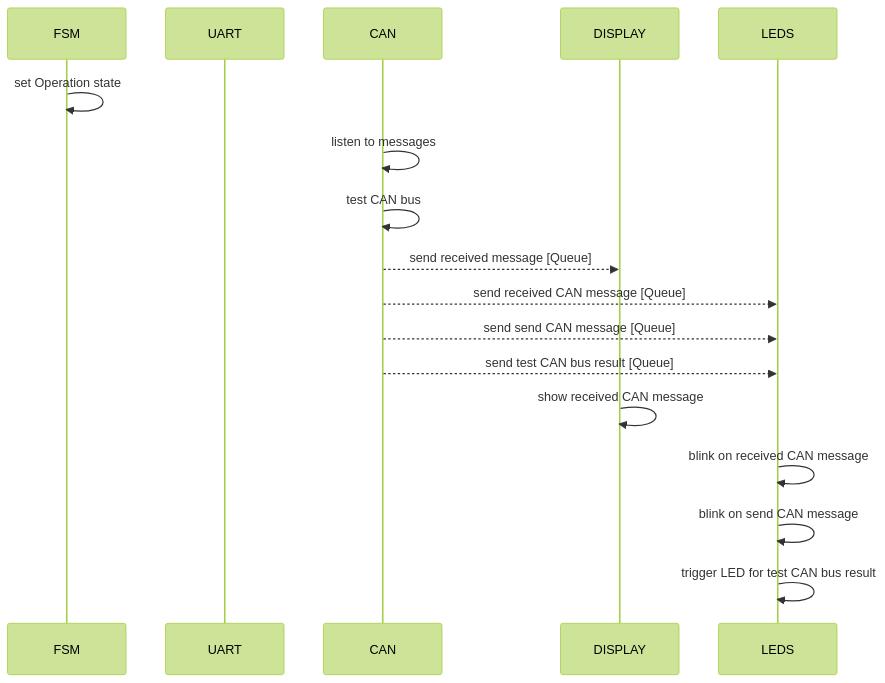
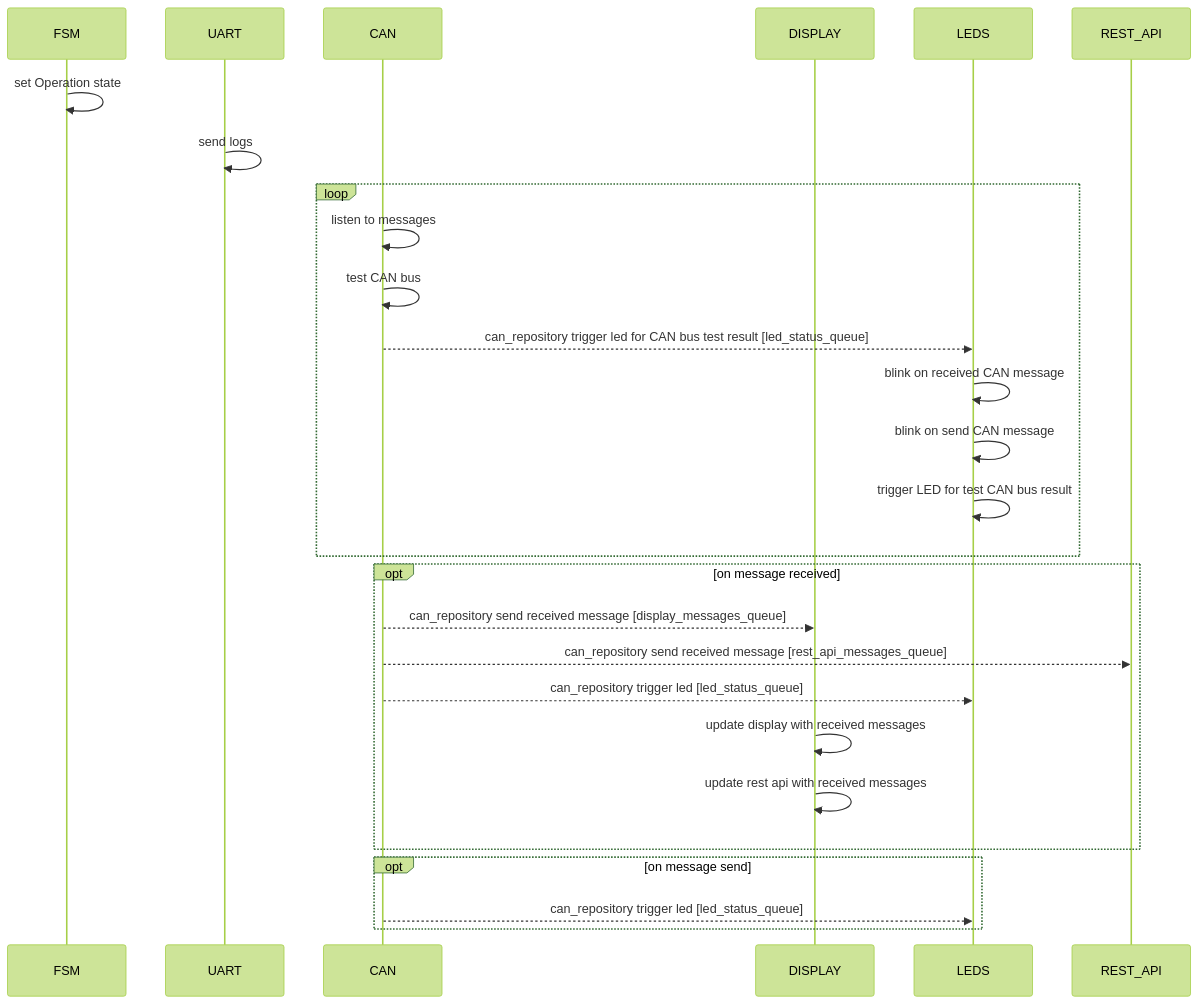
The fourth of 4 diagrams in Software/esp32/can-to-go-system/README.md (michaelgr22/can-to-go-system), drawn with Mermaid (forest theme) before and after one commit. The commit also changed other lines of this file, not shown here.

Commit message:
updated sequence diagrams

````diff
--- a/Software/esp32/can-to-go-system/README.md
+++ b/Software/esp32/can-to-go-system/README.md
@@ -48,20 +52,30 @@
 ```mermaid
 sequenceDiagram
     participant FSM
     participant UART
     participant CAN
     participant DISPLAY
     participant LEDS
+    participant REST_API
 
     FSM->>FSM: set Operation state
-    CAN->>CAN: listen to messages
-    CAN->>CAN: test CAN bus
-    CAN-->>DISPLAY: send received message [Queue]
-    CAN-->>LEDS: send received CAN message [Queue]
-    CAN-->>LEDS: send send CAN message [Queue]
-    CAN-->>LEDS: send test CAN bus result [Queue]
-    DISPLAY->>DISPLAY: show received CAN message
-    LEDS->>LEDS: blink on received CAN message
-    LEDS->>LEDS: blink on send CAN message
-    LEDS->>LEDS: trigger LED for test CAN bus result
+    UART->>UART: send logs
+    loop
+        CAN->>CAN: listen to messages
+        CAN->>CAN: test CAN bus
+        CAN-->>LEDS: can_repository trigger led for CAN bus test result [led_status_queue]
+        LEDS->>LEDS: blink on received CAN message
+        LEDS->>LEDS: blink on send CAN message
+        LEDS->>LEDS: trigger LED for test CAN bus result
+    end
+    opt on message received
+        CAN-->>DISPLAY: can_repository send received message [display_messages_queue]
+        CAN-->>REST_API: can_repository send received message [rest_api_messages_queue]
+        CAN-->>LEDS: can_repository trigger led [led_status_queue]
+        DISPLAY->>DISPLAY: update display with received messages
+        DISPLAY->>DISPLAY: update rest api with received messages
+    end
+    opt on message send
+        CAN-->>LEDS: can_repository trigger led [led_status_queue]
+    end
 ```
````
